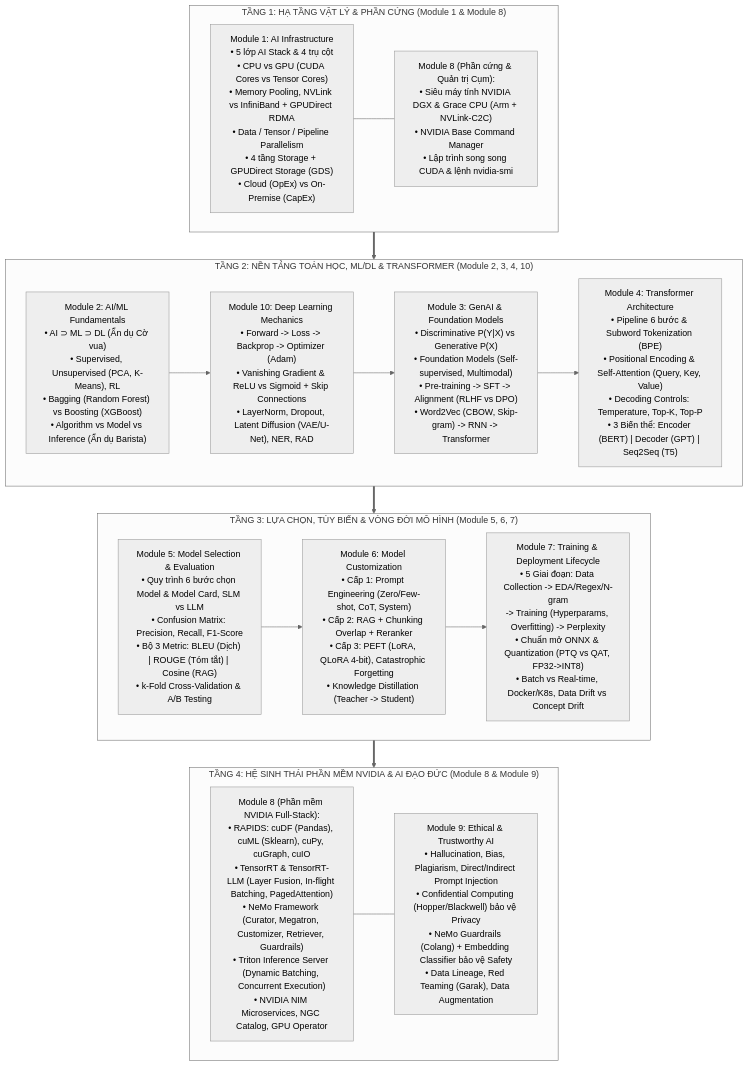
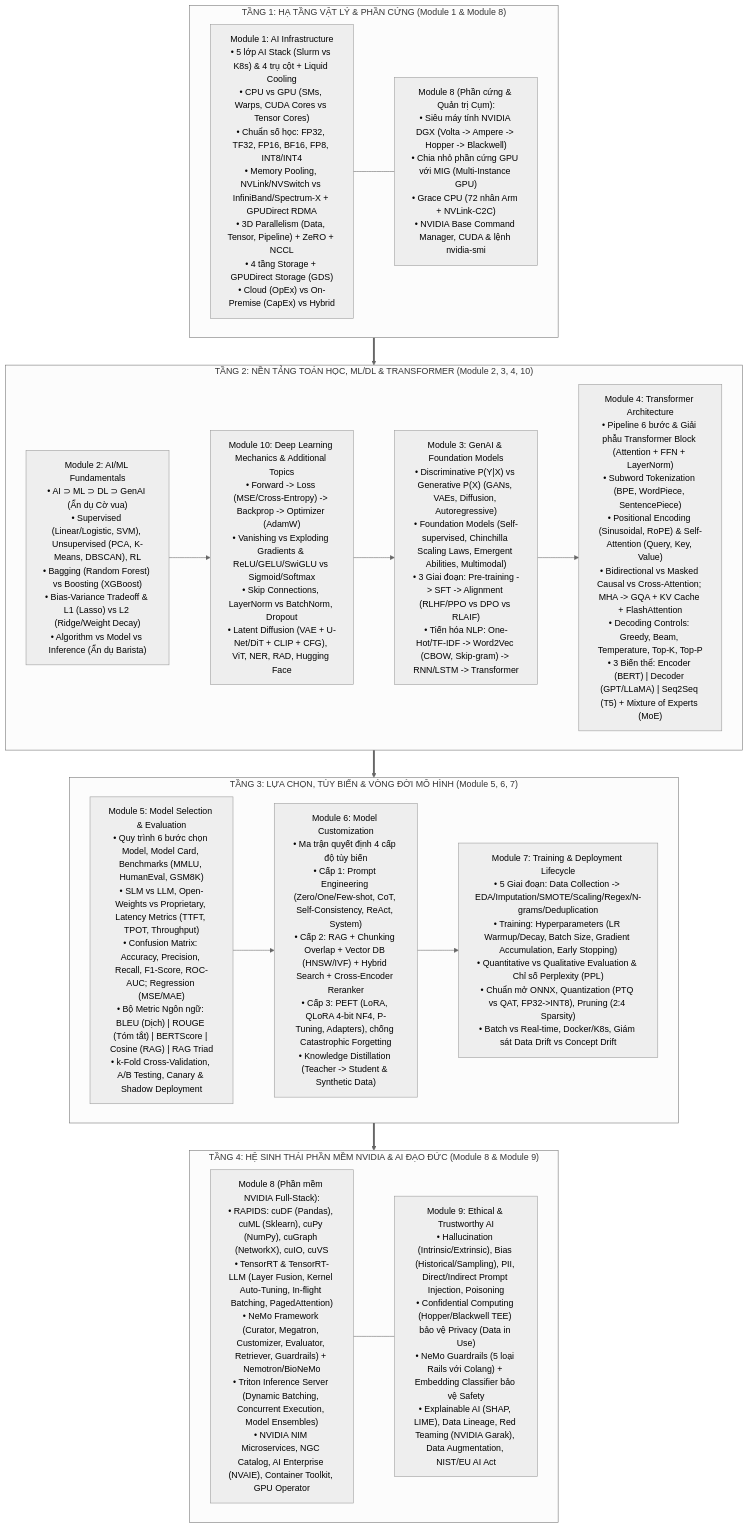
One commit to nxthanh2904/nca-genl changed the diagram in README.md. Above: the diagram before and after it, drawn with Mermaid (neutral theme). The commit also changed other lines of this file and 11 other files, not shown here.

````diff
--- a/README.md
+++ b/README.md
@@ -23,34 +23,34 @@
 ```mermaid
 flowchart TD
     subgraph Infra["TẦNG 1: HẠ TẦNG VẬT LÝ & PHẦN CỨNG (Module 1 & Module 8)"]
-        M1["Module 1: AI Infrastructure<br/>• 5 lớp AI Stack & 4 trụ cột<br/>• CPU vs GPU (CUDA Cores vs Tensor Cores)<br/>• Memory Pooling, NVLink vs InfiniBand + GPUDirect RDMA<br/>• Data / Tensor / Pipeline Parallelism<br/>• 4 tầng Storage + GPUDirect Storage (GDS)<br/>• Cloud (OpEx) vs On-Premise (CapEx)"]
-        M8_HW["Module 8 (Phần cứng & Quản trị Cụm):<br/>• Siêu máy tính NVIDIA DGX & Grace CPU (Arm + NVLink-C2C)<br/>• NVIDIA Base Command Manager<br/>• Lập trình song song CUDA & lệnh nvidia-smi"]
+        M1["Module 1: AI Infrastructure<br/>• 5 lớp AI Stack (Slurm vs K8s) & 4 trụ cột + Liquid Cooling<br/>• CPU vs GPU (SMs, Warps, CUDA Cores vs Tensor Cores)<br/>• Chuẩn số học: FP32, TF32, FP16, BF16, FP8, INT8/INT4<br/>• Memory Pooling, NVLink/NVSwitch vs InfiniBand/Spectrum-X + GPUDirect RDMA<br/>• 3D Parallelism (Data, Tensor, Pipeline) + ZeRO + NCCL<br/>• 4 tầng Storage + GPUDirect Storage (GDS)<br/>• Cloud (OpEx) vs On-Premise (CapEx) vs Hybrid"]
+        M8_HW["Module 8 (Phần cứng & Quản trị Cụm):<br/>• Siêu máy tính NVIDIA DGX (Volta -> Ampere -> Hopper -> Blackwell)<br/>• Chia nhỏ phần cứng GPU với MIG (Multi-Instance GPU)<br/>• Grace CPU (72 nhân Arm + NVLink-C2C)<br/>• NVIDIA Base Command Manager, CUDA & lệnh nvidia-smi"]
         M1 --- M8_HW
     end
 
     subgraph CoreAI["TẦNG 2: NỀN TẢNG TOÁN HỌC, ML/DL & TRANSFORMER (Module 2, 3, 4, 10)"]
-        M2["Module 2: AI/ML Fundamentals<br/>• AI ⊃ ML ⊃ DL (Ẩn dụ Cờ vua)<br/>• Supervised, Unsupervised (PCA, K-Means), RL<br/>• Bagging (Random Forest) vs Boosting (XGBoost)<br/>• Algorithm vs Model vs Inference (Ẩn dụ Barista)"]
-        M10["Module 10: Deep Learning Mechanics<br/>• Forward -> Loss -> Backprop -> Optimizer (Adam)<br/>• Vanishing Gradient & ReLU vs Sigmoid + Skip Connections<br/>• LayerNorm, Dropout, Latent Diffusion (VAE/U-Net), NER, RAD"]
-        M3["Module 3: GenAI & Foundation Models<br/>• Discriminative P(Y|X) vs Generative P(X)<br/>• Foundation Models (Self-supervised, Multimodal)<br/>• Pre-training -> SFT -> Alignment (RLHF vs DPO)<br/>• Word2Vec (CBOW, Skip-gram) -> RNN -> Transformer"]
-        M4["Module 4: Transformer Architecture<br/>• Pipeline 6 bước & Subword Tokenization (BPE)<br/>• Positional Encoding & Self-Attention (Query, Key, Value)<br/>• Decoding Controls: Temperature, Top-K, Top-P<br/>• 3 Biến thể: Encoder (BERT) | Decoder (GPT) | Seq2Seq (T5)"]
+        M2["Module 2: AI/ML Fundamentals<br/>• AI ⊃ ML ⊃ DL ⊃ GenAI (Ẩn dụ Cờ vua)<br/>• Supervised (Linear/Logistic, SVM), Unsupervised (PCA, K-Means, DBSCAN), RL<br/>• Bagging (Random Forest) vs Boosting (XGBoost)<br/>• Bias-Variance Tradeoff & L1 (Lasso) vs L2 (Ridge/Weight Decay)<br/>• Algorithm vs Model vs Inference (Ẩn dụ Barista)"]
+        M10["Module 10: Deep Learning Mechanics & Additional Topics<br/>• Forward -> Loss (MSE/Cross-Entropy) -> Backprop -> Optimizer (AdamW)<br/>• Vanishing vs Exploding Gradients & ReLU/GELU/SwiGLU vs Sigmoid/Softmax<br/>• Skip Connections, LayerNorm vs BatchNorm, Dropout<br/>• Latent Diffusion (VAE + U-Net/DiT + CLIP + CFG), ViT, NER, RAD, Hugging Face"]
+        M3["Module 3: GenAI & Foundation Models<br/>• Discriminative P(Y|X) vs Generative P(X) (GANs, VAEs, Diffusion, Autoregressive)<br/>• Foundation Models (Self-supervised, Chinchilla Scaling Laws, Emergent Abilities, Multimodal)<br/>• 3 Giai đoạn: Pre-training -> SFT -> Alignment (RLHF/PPO vs DPO vs RLAIF)<br/>• Tiến hóa NLP: One-Hot/TF-IDF -> Word2Vec (CBOW, Skip-gram) -> RNN/LSTM -> Transformer"]
+        M4["Module 4: Transformer Architecture<br/>• Pipeline 6 bước & Giải phẫu Transformer Block (Attention + FFN + LayerNorm)<br/>• Subword Tokenization (BPE, WordPiece, SentencePiece)<br/>• Positional Encoding (Sinusoidal, RoPE) & Self-Attention (Query, Key, Value)<br/>• Bidirectional vs Masked Causal vs Cross-Attention; MHA -> GQA + KV Cache + FlashAttention<br/>• Decoding Controls: Greedy, Beam, Temperature, Top-K, Top-P<br/>• 3 Biến thể: Encoder (BERT) | Decoder (GPT/LLaMA) | Seq2Seq (T5) + Mixture of Experts (MoE)"]
         
         M2 --> M10 --> M3 --> M4
     end
 
     subgraph Lifecycle["TẦNG 3: LỰA CHỌN, TÙY BIẾN & VÒNG ĐỜI MÔ HÌNH (Module 5, 6, 7)"]
-        M5["Module 5: Model Selection & Evaluation<br/>• Quy trình 6 bước chọn Model & Model Card, SLM vs LLM<br/>• Confusion Matrix: Precision, Recall, F1-Score<br/>• Bộ 3 Metric: BLEU (Dịch) | ROUGE (Tóm tắt) | Cosine (RAG)<br/>• k-Fold Cross-Validation & A/B Testing"]
-        M6["Module 6: Model Customization<br/>• Cấp 1: Prompt Engineering (Zero/Few-shot, CoT, System)<br/>• Cấp 2: RAG + Chunking Overlap + Reranker<br/>• Cấp 3: PEFT (LoRA, QLoRA 4-bit), Catastrophic Forgetting<br/>• Knowledge Distillation (Teacher -> Student)"]
-        M7["Module 7: Training & Deployment Lifecycle<br/>• 5 Giai đoạn: Data Collection -> EDA/Regex/N-gram<br/>-> Training (Hyperparams, Overfitting) -> Perplexity<br/>• Chuẩn mở ONNX & Quantization (PTQ vs QAT, FP32->INT8)<br/>• Batch vs Real-time, Docker/K8s, Data Drift vs Concept Drift"]
+        M5["Module 5: Model Selection & Evaluation<br/>• Quy trình 6 bước chọn Model, Model Card, Benchmarks (MMLU, HumanEval, GSM8K)<br/>• SLM vs LLM, Open-Weights vs Proprietary, Latency Metrics (TTFT, TPOT, Throughput)<br/>• Confusion Matrix: Accuracy, Precision, Recall, F1-Score, ROC-AUC; Regression (MSE/MAE)<br/>• Bộ Metric Ngôn ngữ: BLEU (Dịch) | ROUGE (Tóm tắt) | BERTScore | Cosine (RAG) | RAG Triad<br/>• k-Fold Cross-Validation, A/B Testing, Canary & Shadow Deployment"]
+        M6["Module 6: Model Customization<br/>• Ma trận quyết định 4 cấp độ tùy biến<br/>• Cấp 1: Prompt Engineering (Zero/One/Few-shot, CoT, Self-Consistency, ReAct, System)<br/>• Cấp 2: RAG + Chunking Overlap + Vector DB (HNSW/IVF) + Hybrid Search + Cross-Encoder Reranker<br/>• Cấp 3: PEFT (LoRA, QLoRA 4-bit NF4, P-Tuning, Adapters), chống Catastrophic Forgetting<br/>• Knowledge Distillation (Teacher -> Student & Synthetic Data)"]
+        M7["Module 7: Training & Deployment Lifecycle<br/>• 5 Giai đoạn: Data Collection -> EDA/Imputation/SMOTE/Scaling/Regex/N-grams/Deduplication<br/>• Training: Hyperparameters (LR Warmup/Decay, Batch Size, Gradient Accumulation, Early Stopping)<br/>• Quantitative vs Qualitative Evaluation & Chỉ số Perplexity (PPL)<br/>• Chuẩn mở ONNX, Quantization (PTQ vs QAT, FP32->INT8), Pruning (2:4 Sparsity)<br/>• Batch vs Real-time, Docker/K8s, Giám sát Data Drift vs Concept Drift"]
         
         M5 --> M6 --> M7
     end
 
     subgraph Prod["TẦNG 4: HỆ SINH THÁI PHẦN MỀM NVIDIA & AI ĐẠO ĐỨC (Module 8 & Module 9)"]
-        M8_SW["Module 8 (Phần mềm NVIDIA Full-Stack):<br/>• RAPIDS: cuDF (Pandas), cuML (Sklearn), cuPy, cuGraph, cuIO<br/>• TensorRT & TensorRT-LLM (Layer Fusion, In-flight Batching, PagedAttention)<br/>• NeMo Framework (Curator, Megatron, Customizer, Retriever, Guardrails)<br/>• Triton Inference Server (Dynamic Batching, Concurrent Execution)<br/>• NVIDIA NIM Microservices, NGC Catalog, GPU Operator"]
-        M9["Module 9: Ethical & Trustworthy AI<br/>• Hallucination, Bias, Plagiarism, Direct/Indirect Prompt Injection<br/>• Confidential Computing (Hopper/Blackwell) bảo vệ Privacy<br/>• NeMo Guardrails (Colang) + Embedding Classifier bảo vệ Safety<br/>• Data Lineage, Red Teaming (Garak), Data Augmentation"]
+        M8_SW["Module 8 (Phần mềm NVIDIA Full-Stack):<br/>• RAPIDS: cuDF (Pandas), cuML (Sklearn), cuPy (NumPy), cuGraph (NetworkX), cuIO, cuVS<br/>• TensorRT & TensorRT-LLM (Layer Fusion, Kernel Auto-Tuning, In-flight Batching, PagedAttention)<br/>• NeMo Framework (Curator, Megatron, Customizer, Evaluator, Retriever, Guardrails) + Nemotron/BioNeMo<br/>• Triton Inference Server (Dynamic Batching, Concurrent Execution, Model Ensembles)<br/>• NVIDIA NIM Microservices, NGC Catalog, AI Enterprise (NVAIE), Container Toolkit, GPU Operator"]
+        M9["Module 9: Ethical & Trustworthy AI<br/>• Hallucination (Intrinsic/Extrinsic), Bias (Historical/Sampling), PII, Direct/Indirect Prompt Injection, Poisoning<br/>• Confidential Computing (Hopper/Blackwell TEE) bảo vệ Privacy (Data in Use)<br/>• NeMo Guardrails (5 loại Rails với Colang) + Embedding Classifier bảo vệ Safety<br/>• Explainable AI (SHAP, LIME), Data Lineage, Red Teaming (NVIDIA Garak), Data Augmentation, NIST/EU AI Act"]
         
         M8_SW --- M9
     end
 
     Infra ==> CoreAI ==> Lifecycle ==> Prod
 ```
````
